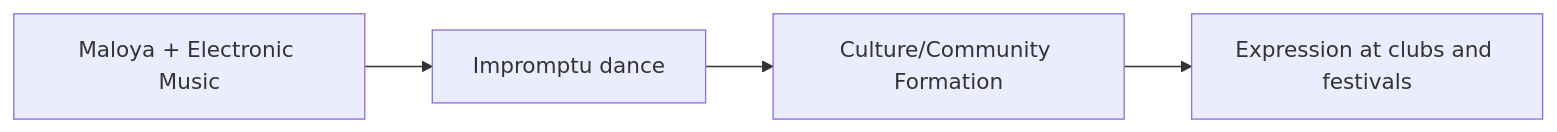
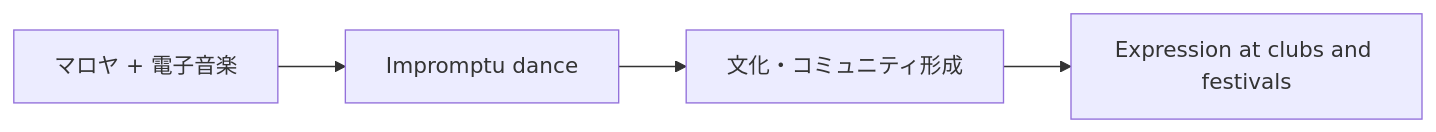
Before and after one commit to monumental-movement/monumental-movement.github.io: the sixth of 6 diagrams in en/_posts/2025-10-04-Column-Nyege-Nyege.md, drawn with Mermaid. The commit also changed other lines of this file and 2196 other files, not shown here.

```diff
--- a/en/_posts/2025-10-04-Column-Nyege-Nyege.md
+++ b/en/_posts/2025-10-04-Column-Nyege-Nyege.md
@@ -284,7 +283,7 @@
 <div class="mermaid">
 
 flowchart LR
-    Music["Maloya + Electronic Music"] --> Dance["Impromptu dance"]
-    Dance --> Community["Culture/Community Formation"]
+    Music["マロヤ + 電子音楽"] --> Dance["Impromptu dance"]
+    Dance --> Community["文化・コミュニティ形成"]
     Community --> Festivals["Expression at clubs and festivals"]
 </div>
```
